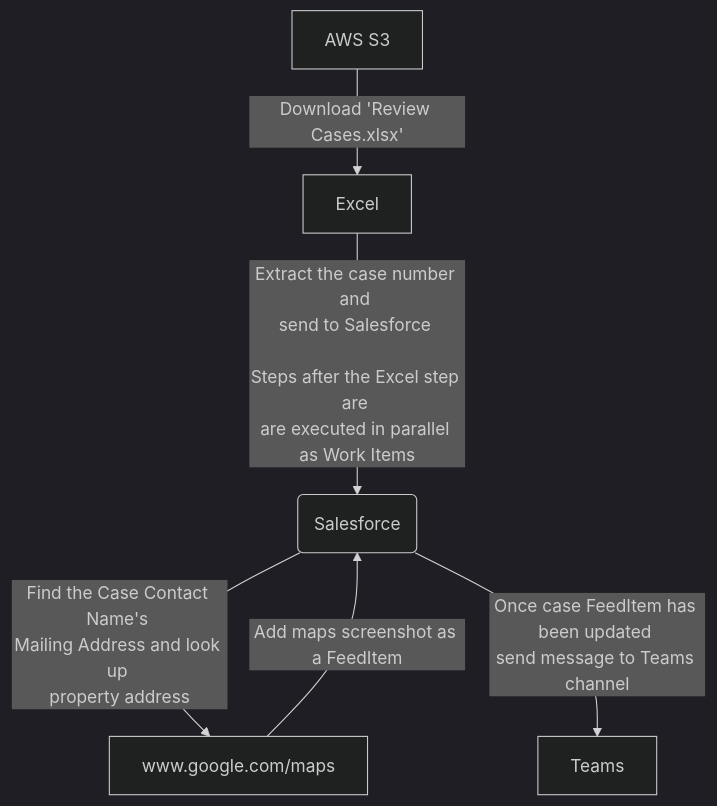
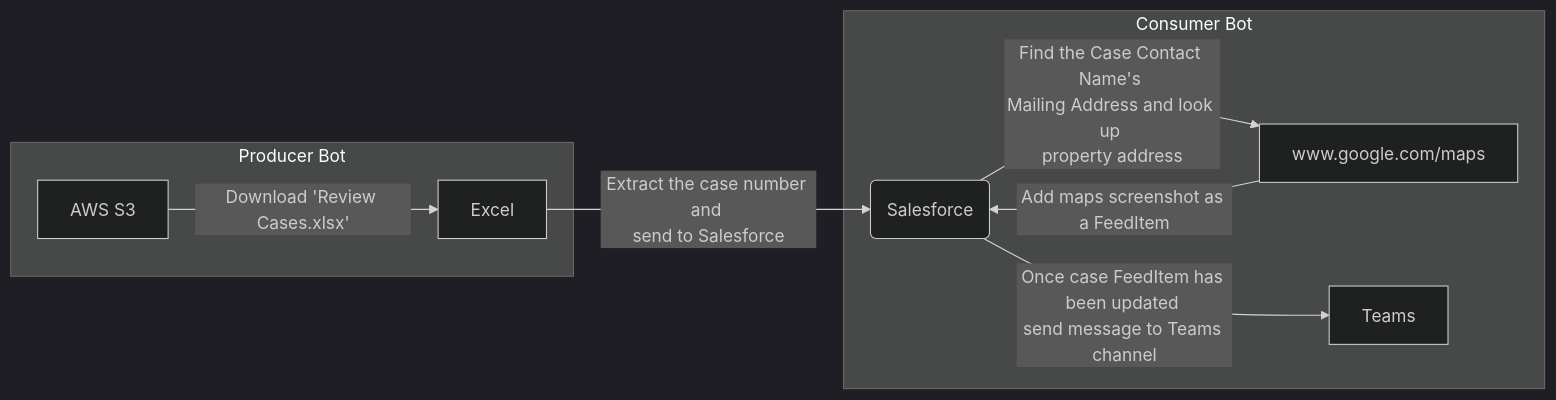
The diagram in README.md (TimothyLopas/Parallelization-Bot-Example), drawn with Mermaid (dark theme) before and after one commit.

Commit message:
Updated Mermaid diagram

````diff
--- a/README.md
+++ b/README.md
@@ -9,8 +9,12 @@
 ```mermaid
-graph TD
-    A[AWS S3] -->|Download 'Review Cases.xlsx'| B[Excel]
-    B -->|Extract the case number and <br>send to Salesforce <br> <br>Steps after the Excel step are <br>are executed in parallel as Work Items| C(Salesforce)
-    C -->|Find the Case Contact Name's <br>Mailing Address and look up <br>property address| D[www.google.com/maps]
-    D -->|Add maps screenshot as a FeedItem| C
-    C -->|Once case FeedItem has been updated <br>send message to Teams channel| E[Teams]
+flowchart LR
+    subgraph PB [Producer Bot]
+      A[AWS S3] -->|Download 'Review Cases.xlsx'| B[Excel]
+    end
+    subgraph CB [Consumer Bot]
+      B -->|Extract the case number and <br>send to Salesforce| C(Salesforce)
+      C -->|Find the Case Contact Name's <br>Mailing Address and look up <br>property address| D[www.google.com/maps]
+      D -->|Add maps screenshot as a FeedItem| C
+      C -->|Once case FeedItem has been updated <br>send message to Teams channel| E[Teams]
+    end
 ```
````
